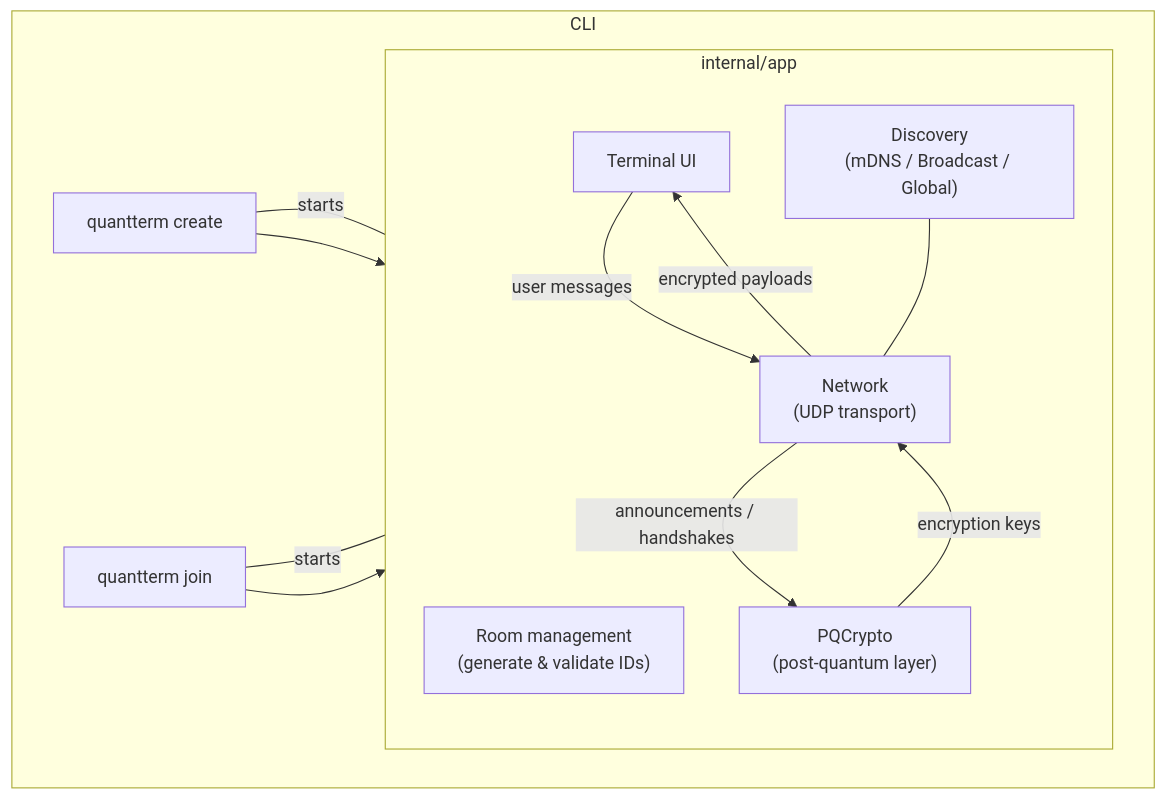
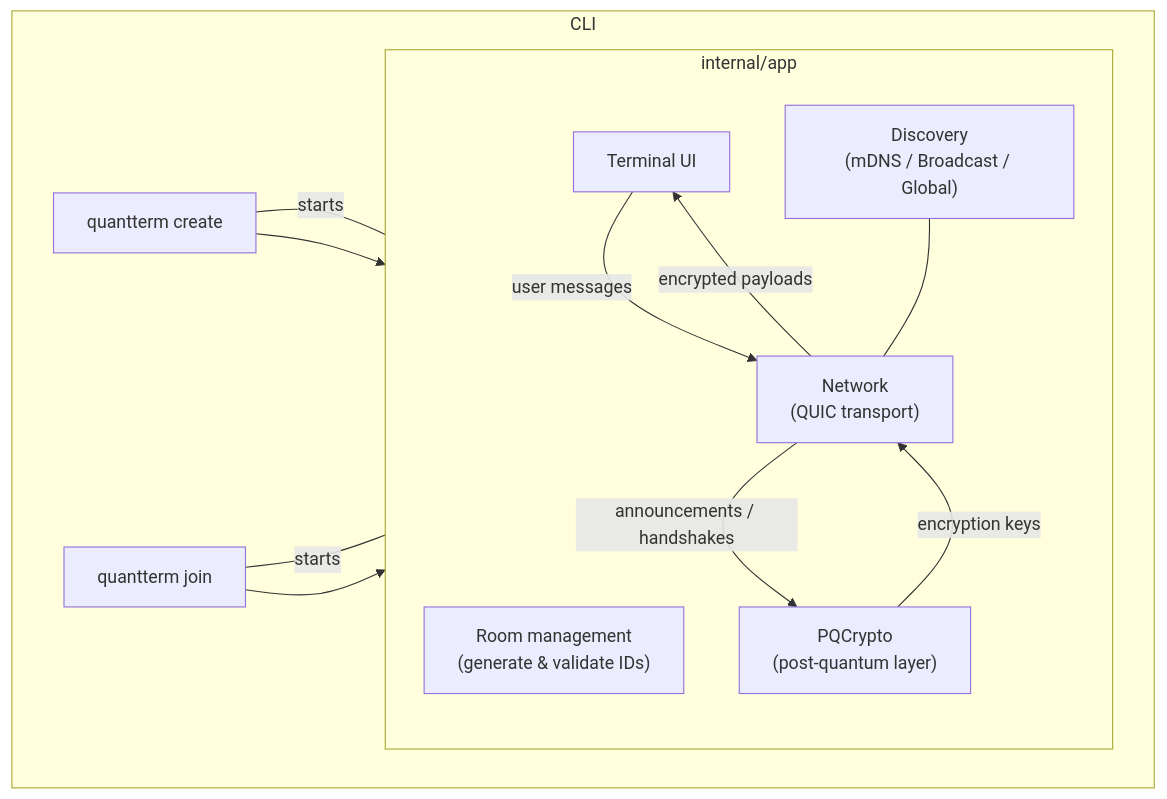
The diagram in TECHNICAL_OVERVIEW.md (reschjonas/Entropia), drawn with Mermaid before and after one commit. The commit also changed other lines of this file and 9 other files, not shown here.

````diff
--- a/TECHNICAL_OVERVIEW.md
+++ b/TECHNICAL_OVERVIEW.md
@@ -21,24 +21,24 @@
 ```mermaid
 flowchart TD
     subgraph CLI
         A1[quantterm create] ---|starts| APP
         A2[quantterm join] ---|starts| APP
     end
 
     subgraph APP[internal/app]
         direction TB
         B1["Room management<br/>(generate & validate IDs)"]
         B2["PQCrypto<br/>(post-quantum layer)"]
-        B3["Network<br/>(UDP transport)"]
+        B3["Network<br/>(QUIC transport)"]
         B4["Discovery<br/>(mDNS / Broadcast / Global)"]
         B5["Terminal UI"]
     end
 
     A1 --> APP
     A2 --> APP
     B5 -- user messages --> B3
     B3 -- encrypted payloads --> B5
     B3 -- announcements / handshakes --> B2
     B2 -- encryption keys --> B3
     B4 --- B3
 ```
````
